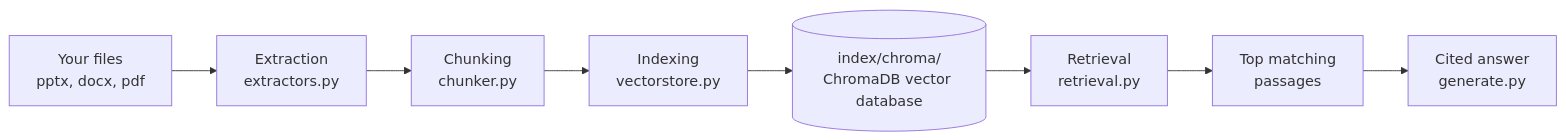
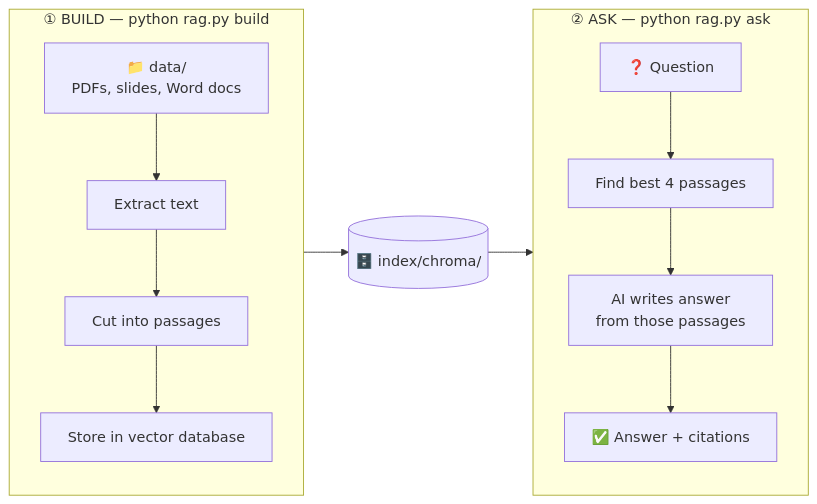
Before and after one commit to gafur55/Ethics-RAG: the first of 7 diagrams in README.md, drawn with Mermaid. The commit also changed other lines of this file, not shown here.

Commit message:
Document every part of the RAG system in the README

````diff
--- a/README.md
+++ b/README.md
@@ -13,10 +58,19 @@
 ```mermaid
 flowchart LR
-    A[Your files<br/>pptx, docx, pdf] --> B[Extraction<br/>extractors.py]
-    B --> C[Chunking<br/>chunker.py]
-    C --> D[Indexing<br/>vectorstore.py]
-    D --> E[(index/chroma/<br/>ChromaDB vector database)]
-    E --> F[Retrieval<br/>retrieval.py]
-    F --> G[Top matching<br/>passages]
-    G --> H[Cited answer<br/>generate.py]
+    subgraph BUILD["① BUILD — python rag.py build"]
+        direction TB
+        A["📁 data/<br/>PDFs, slides, Word docs"] --> B["Extract text"]
+        B --> C["Cut into passages"]
+        C --> D["Store in vector database"]
+    end
+
+    subgraph ASK["② ASK — python rag.py ask"]
+        direction TB
+        Q["❓ Question"] --> R["Find best 4 passages"]
+        R --> G["AI writes answer<br/>from those passages"]
+        G --> OUT["✅ Answer + citations"]
+    end
+
+    D --> DB[("🗄️ index/chroma/")]
+    DB --> R
 ```
````
